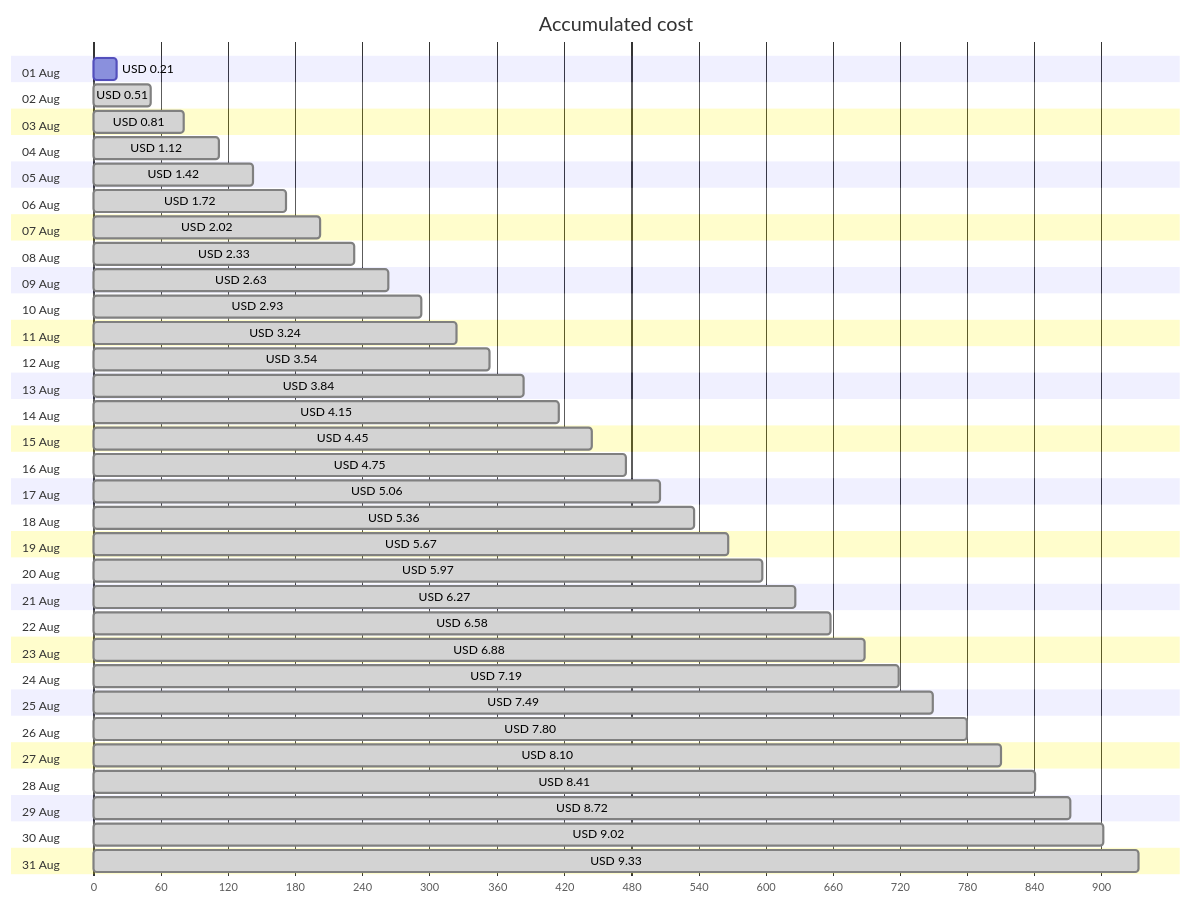
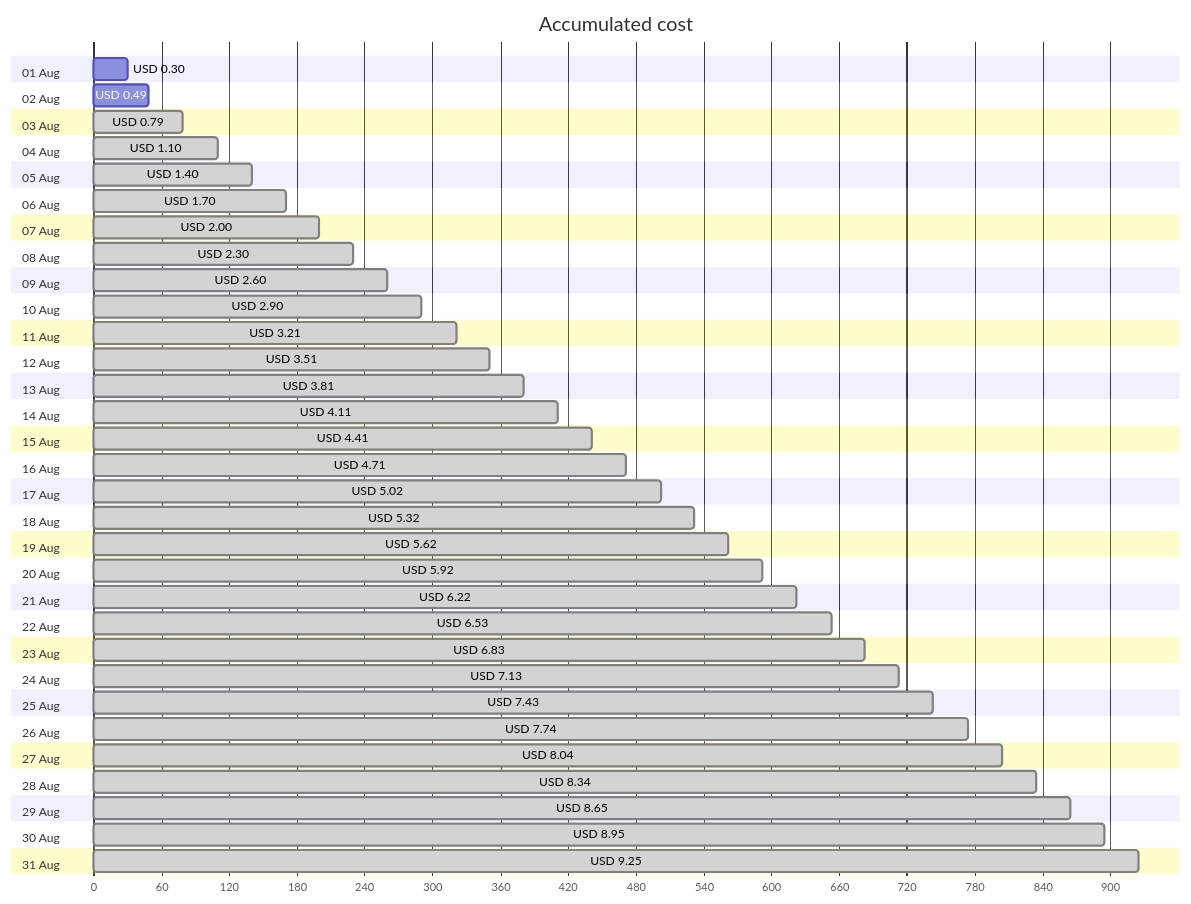
Before and after one commit to jpfulton/azure-personal-reports: the first of 4 diagrams in cost-reports/personal-site/personal-site.md, drawn with Mermaid. The commit also changed other lines of this file and 6 other files, not shown here.

````diff
--- a/cost-reports/personal-site/personal-site.md
+++ b/cost-reports/personal-site/personal-site.md
@@ -20,68 +20,68 @@
 ```mermaid
 gantt
    title Accumulated cost
    dateFormat  X
    axisFormat %s
    section 01 Aug
-   USD 0.21 :0, 21
+   USD 0.30 :0, 30
    section 02 Aug
-   USD 0.51 : done, 0, 51
+   USD 0.49 :0, 49
    section 03 Aug
-   USD 0.81 : done, 0, 81
+   USD 0.79 : done, 0, 79
    section 04 Aug
-   USD 1.12 : done, 0, 112
+   USD 1.10 : done, 0, 110
    section 05 Aug
-   USD 1.42 : done, 0, 142
+   USD 1.40 : done, 0, 140
    section 06 Aug
-   USD 1.72 : done, 0, 172
+   USD 1.70 : done, 0, 170
    section 07 Aug
-   USD 2.02 : done, 0, 202
+   USD 2.00 : done, 0, 200
    section 08 Aug
-   USD 2.33 : done, 0, 233
+   USD 2.30 : done, 0, 230
    section 09 Aug
-   USD 2.63 : done, 0, 263
+   USD 2.60 : done, 0, 260
    section 10 Aug
-   USD 2.93 : done, 0, 293
+   USD 2.90 : done, 0, 290
    section 11 Aug
-   USD 3.24 : done, 0, 324
+   USD 3.21 : done, 0, 321
    section 12 Aug
-   USD 3.54 : done, 0, 354
+   USD 3.51 : done, 0, 351
    section 13 Aug
-   USD 3.84 : done, 0, 384
+   USD 3.81 : done, 0, 381
    section 14 Aug
-   USD 4.15 : done, 0, 415
+   USD 4.11 : done, 0, 411
    section 15 Aug
-   USD 4.45 : done, 0, 445
+   USD 4.41 : done, 0, 441
    section 16 Aug
-   USD 4.75 : done, 0, 475
+   USD 4.71 : done, 0, 471
    section 17 Aug
-   USD 5.06 : done, 0, 506
+   USD 5.02 : done, 0, 502
    section 18 Aug
-   USD 5.36 : done, 0, 536
+   USD 5.32 : done, 0, 532
    section 19 Aug
-   USD 5.67 : done, 0, 567
+   USD 5.62 : done, 0, 562
    section 20 Aug
-   USD 5.97 : done, 0, 597
+   USD 5.92 : done, 0, 592
    section 21 Aug
-   USD 6.27 : done, 0, 627
+   USD 6.22 : done, 0, 622
    section 22 Aug
-   USD 6.58 : done, 0, 658
+   USD 6.53 : done, 0, 653
    section 23 Aug
-   USD 6.88 : done, 0, 688
+   USD 6.83 : done, 0, 683
    section 24 Aug
-   USD 7.19 : done, 0, 719
+   USD 7.13 : done, 0, 713
    section 25 Aug
-   USD 7.49 : done, 0, 749
+   USD 7.43 : done, 0, 743
    section 26 Aug
-   USD 7.80 : done, 0, 780
+   USD 7.74 : done, 0, 774
    section 27 Aug
-   USD 8.10 : done, 0, 810
+   USD 8.04 : done, 0, 804
    section 28 Aug
-   USD 8.41 : done, 0, 841
+   USD 8.34 : done, 0, 834
    section 29 Aug
-   USD 8.72 : done, 0, 872
+   USD 8.65 : done, 0, 865
    section 30 Aug
-   USD 9.02 : done, 0, 902
+   USD 8.95 : done, 0, 895
    section 31 Aug
-   USD 9.33 : done, 0, 933
+   USD 9.25 : done, 0, 925
 ```
````
